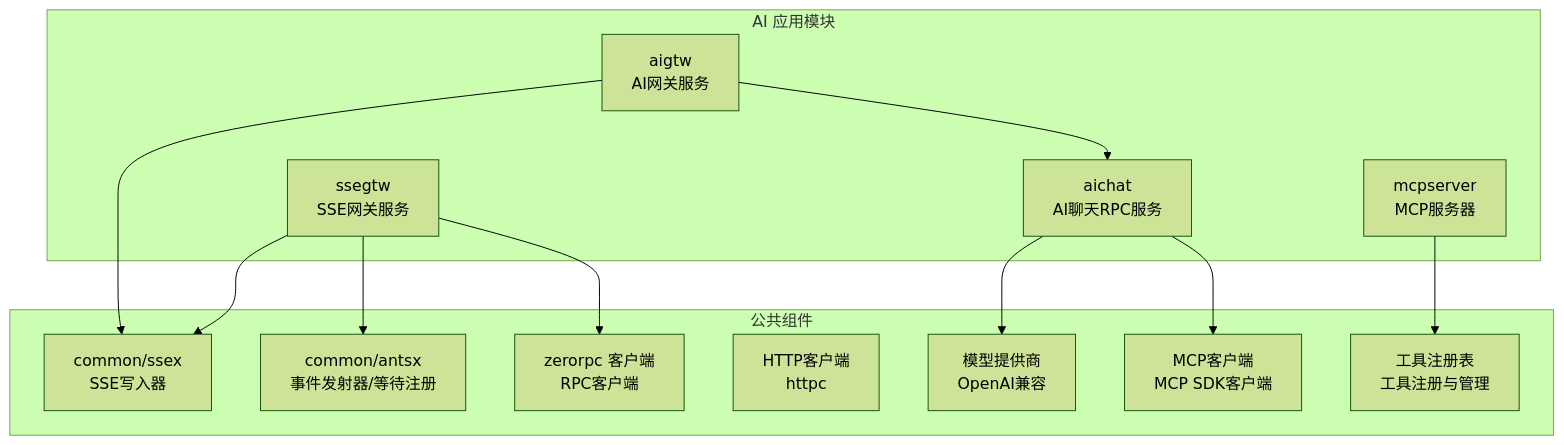
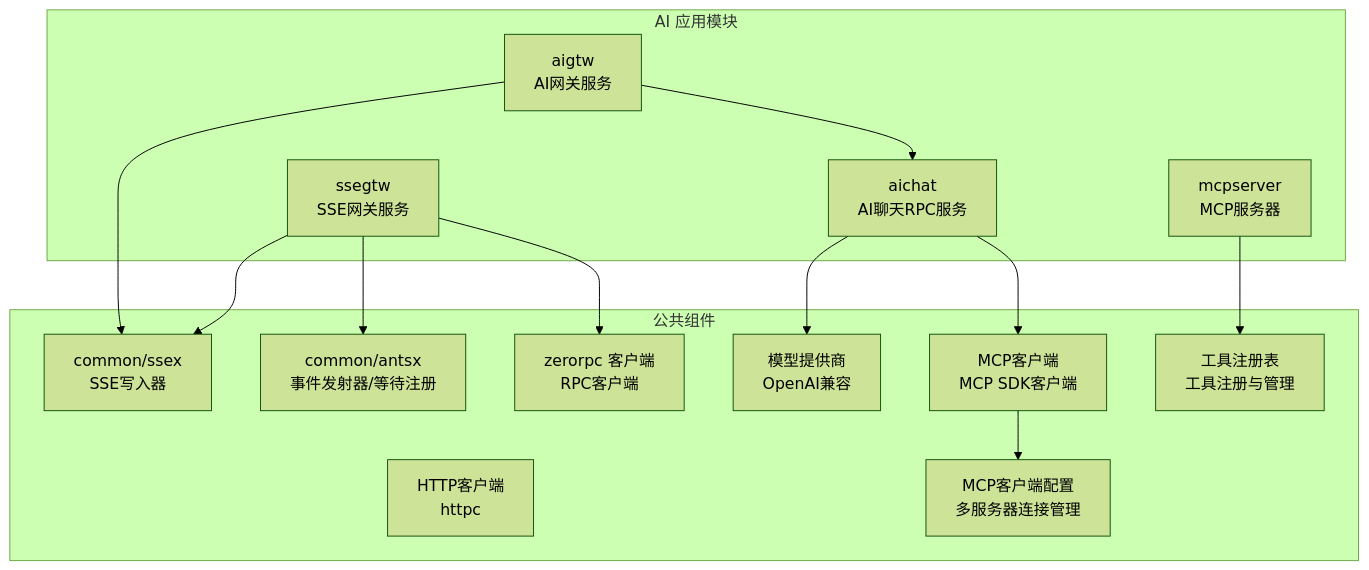
Before and after one commit to maomao94/zero-service: the first of 8 diagrams in .qoder/repowiki/zh/content/AI应用模块/AI应用模块.md, drawn with Mermaid (forest theme). The commit also changed other lines of this file and 6 other files, not shown here.

````diff
--- a/.qoder/repowiki/zh/content/AI应用模块/AI应用模块.md
+++ b/.qoder/repowiki/zh/content/AI应用模块/AI应用模块.md
@@ -81,26 +82,28 @@
 ```mermaid
 graph TB
 subgraph "AI 应用模块"
 A["ssegtw<br/>SSE网关服务"]
 B["mcpserver<br/>MCP服务器"]
 C["aichat<br/>AI聊天RPC服务"]
 D["aigtw<br/>AI网关服务"]
 end
 subgraph "公共组件"
 E["common/ssex<br/>SSE写入器"]
 F["common/antsx<br/>事件发射器/等待注册"]
 G["zerorpc 客户端<br/>RPC客户端"]
 H["HTTP客户端<br/>httpc"]
 I["模型提供商<br/>OpenAI兼容"]
 J["MCP客户端<br/>MCP SDK客户端"]
 K["工具注册表<br/>工具注册与管理"]
+L["MCP客户端配置<br/>多服务器连接管理"]
 end
 A --> E
 A --> F
 A --> G
 B --> K
 C --> I
 C --> J
 D --> C
 D --> E
+J --> L
 ```
````
